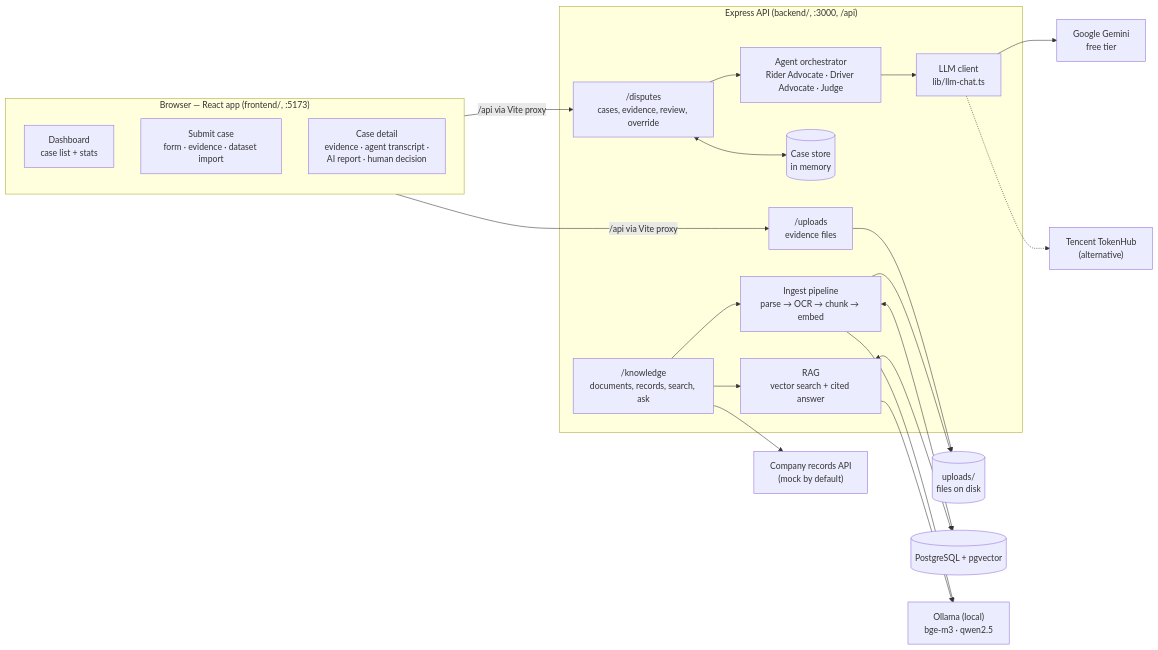
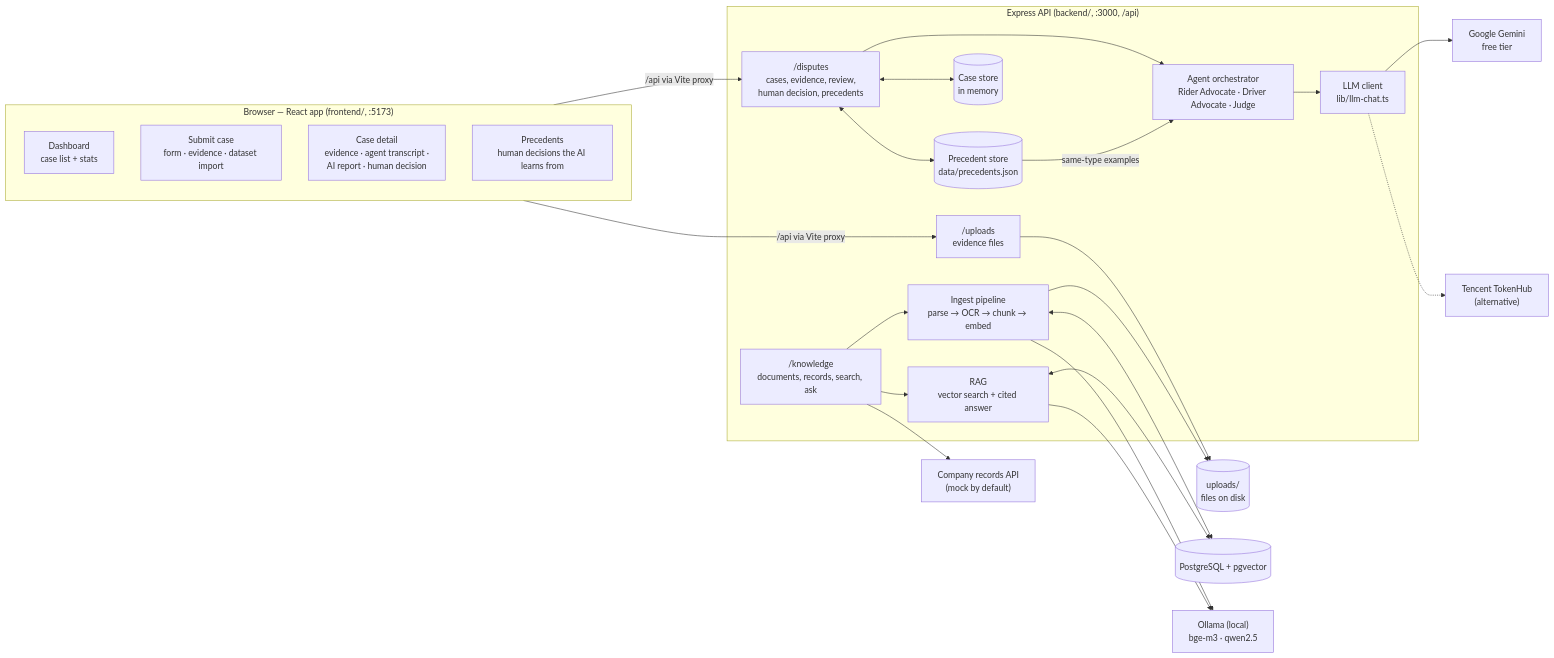
Before and after one commit to RL1812/Tencent_Cloud_Captain_Dragonfly: the first of 3 diagrams in dispute-review-agent/README.md, drawn with Mermaid. The commit also changed other lines of this file and 33 other files, not shown here.

````diff
--- a/dispute-review-agent/README.md
+++ b/dispute-review-agent/README.md
@@ -16,38 +16,42 @@
 ```mermaid
 flowchart LR
     subgraph Browser["Browser — React app (frontend/, :5173)"]
         DASH["Dashboard<br/>case list + stats"]
         SUBMIT["Submit case<br/>form · evidence · dataset import"]
         DETAIL["Case detail<br/>evidence · agent transcript ·<br/>AI report · human decision"]
+        PREC_UI["Precedents<br/>human decisions the AI learns from"]
     end
 
     subgraph API["Express API (backend/, :3000, /api)"]
-        DR["/disputes<br/>cases, evidence, review, override"]
+        DR["/disputes<br/>cases, evidence, review,<br/>human decision, precedents"]
         UP["/uploads<br/>evidence files"]
         KB["/knowledge<br/>documents, records, search, ask"]
         STORE[("Case store<br/>in memory")]
         ORCH["Agent orchestrator<br/>Rider Advocate · Driver Advocate · Judge"]
+        PSTORE[("Precedent store<br/>data/precedents.json")]
         LLM["LLM client<br/>lib/llm-chat.ts"]
         ING["Ingest pipeline<br/>parse → OCR → chunk → embed"]
         RAG["RAG<br/>vector search + cited answer"]
     end
 
     DISK[("uploads/<br/>files on disk")]
     PG[("PostgreSQL + pgvector")]
     OLLAMA["Ollama (local)<br/>bge-m3 · qwen2.5"]
     GEMINI["Google Gemini<br/>free tier"]
     TH["Tencent TokenHub<br/>(alternative)"]
     COMPANY["Company records API<br/>(mock by default)"]
 
     Browser -- "/api via Vite proxy" --> DR & UP
     DR <--> STORE
     DR --> ORCH --> LLM
+    DR <--> PSTORE
+    PSTORE -- "same-type examples" --> ORCH
     LLM --> GEMINI
     LLM -.-> TH
     UP --> DISK
     KB --> ING & RAG
     ING --> DISK
     ING & RAG <--> PG
     ING & RAG --> OLLAMA
     KB --> COMPANY
 ```
````
